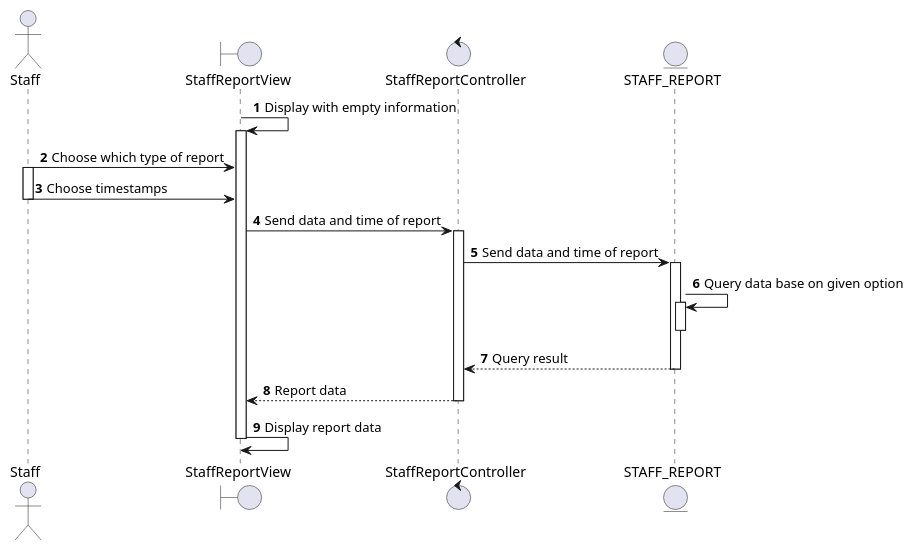
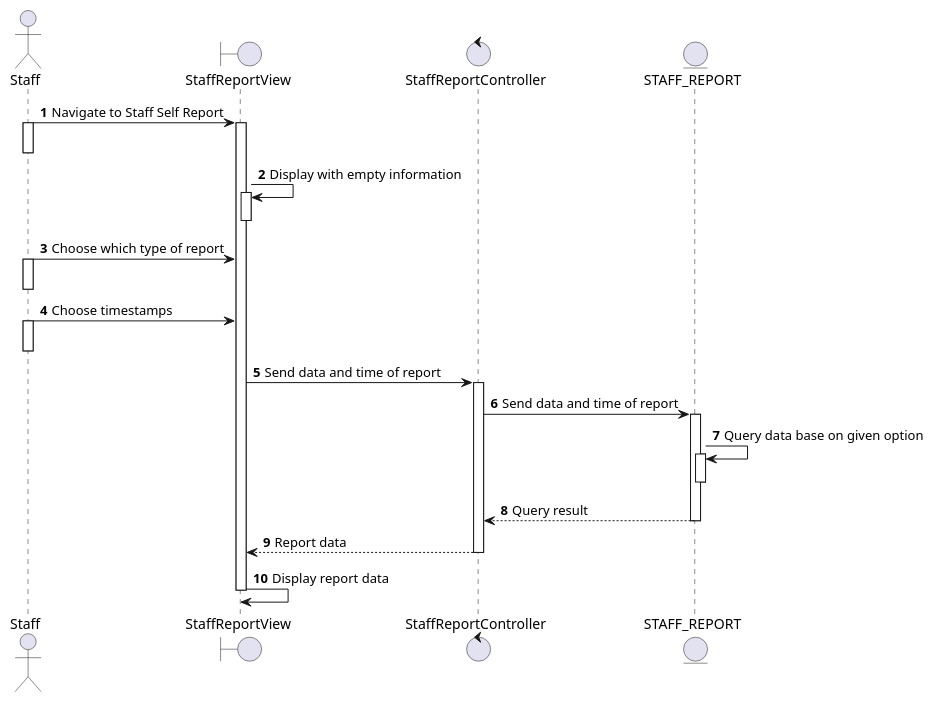
One commit to electricilies/electricilies.github.io changed the diagram in docs/software-docs/sequence/view-staff-self-report/view-staff-self-report.md. Above: the diagram before and after it, drawn with PlantUML. The commit also changed 16 other files, not shown here.

Commit message:
refactor: sequence diagrams start from user side, and some minor

````diff
--- a/docs/software-docs/sequence/view-staff-self-report/view-staff-self-report.md
+++ b/docs/software-docs/sequence/view-staff-self-report/view-staff-self-report.md
@@ -3,31 +3,38 @@
 ```plantuml
 @startuml
 autonumber
 
 actor Staff as S
 boundary StaffReportView as SRV
 control StaffReportController as SRC
 entity STAFF_REPORT as SR
 
+S -> SRV: Navigate to Staff Self Report
+activate S
+activate SRV
+deactivate S
 SRV -> SRV: Display with empty information
 activate SRV
+deactivate SRV
 S -> SRV: Choose which type of report
 activate S
+deactivate S
 S -> SRV: Choose timestamps
+activate S
 deactivate S
 SRV -> SRC: Send data and time of report
 activate SRC
 SRC -> SR: Send data and time of report
 activate SR
 SR -> SR: Query data base on given option
 activate SR
 deactivate SR
 SRC <-- SR: Query result
 deactivate SR
 SRV <-- SRC: Report data
 deactivate SRC
 SRV -> SRV: Display report data
 deactivate SRV
 
 @enduml
 ```
````
